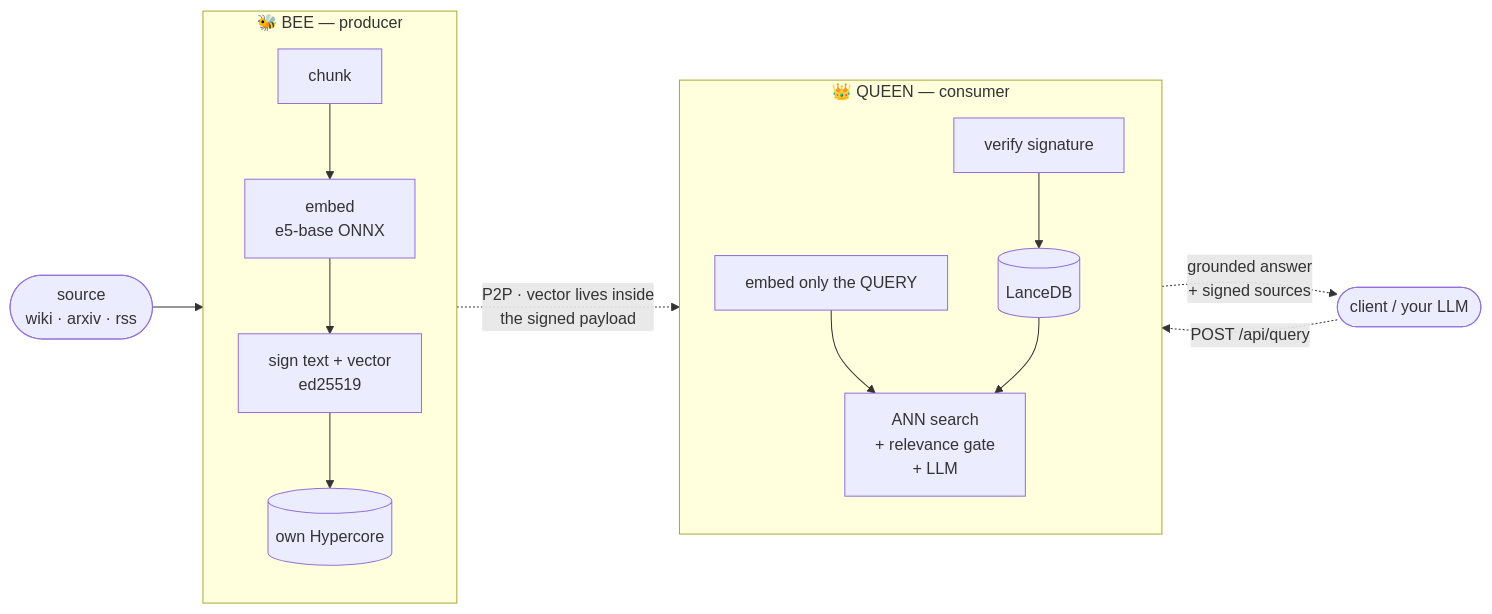
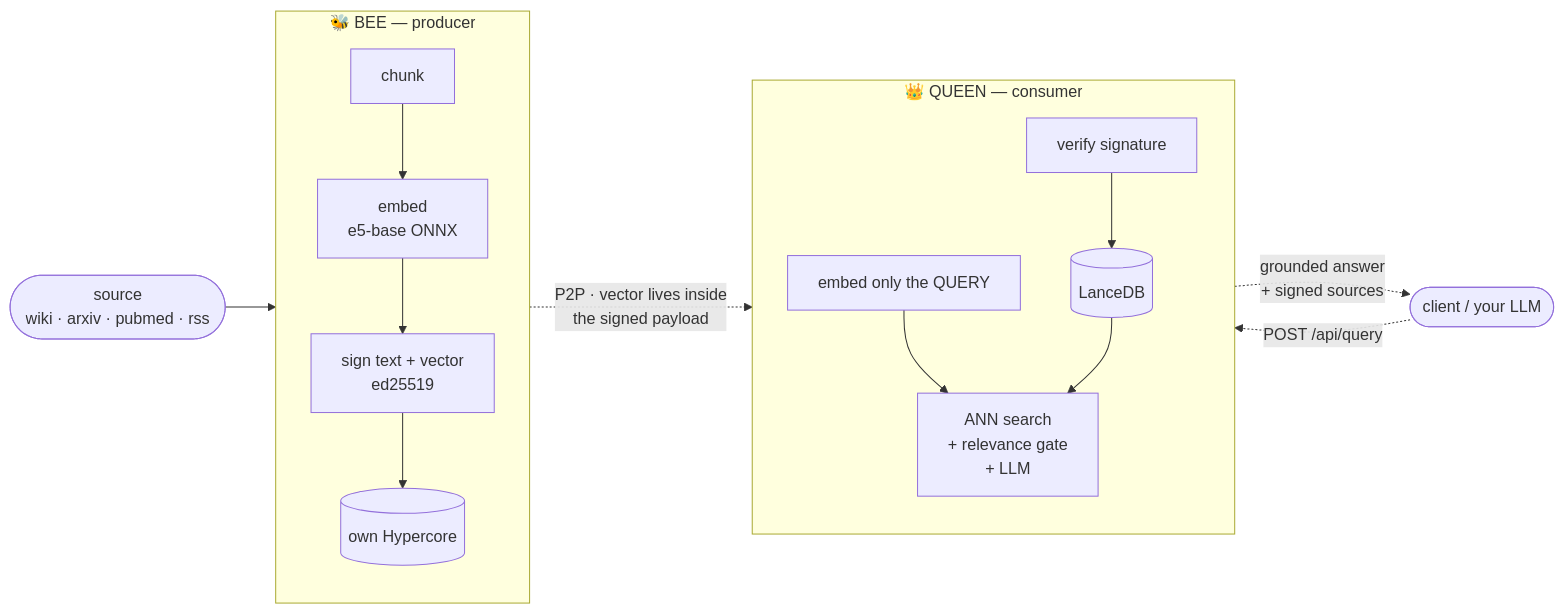
The diagram in README.md (capybarist/hive), drawn with Mermaid before and after one commit. The commit also changed 4 other files, not shown here.

````diff
--- a/README.md
+++ b/README.md
@@ -45,24 +45,24 @@
 ```mermaid
 flowchart LR
-    SRC([source<br/>wiki · arxiv · rss])
+    SRC([source<br/>wiki · arxiv · pubmed · rss])
     USER([client / your LLM])
 
     subgraph BEE["🐝 BEE — producer"]
         direction TB
         BC[chunk] --> BE[embed<br/>e5-base ONNX]
         BE --> BS[sign text + vector<br/>ed25519]
         BS --> BH[(own Hypercore)]
     end
 
     subgraph QUEEN["👑 QUEEN — consumer"]
         direction TB
         QV[verify signature] --> QI[(LanceDB)]
         QE[embed only the QUERY] --> QS[ANN search<br/>+ relevance gate<br/>+ LLM]
         QI --> QS
     end
 
     SRC --> BC
     BH -. "P2P · vector lives inside<br/>the signed payload" .-> QV
     USER -. "POST /api/query" .-> QE
     QS -. "grounded answer<br/>+ signed sources" .-> USER
 ```
````
